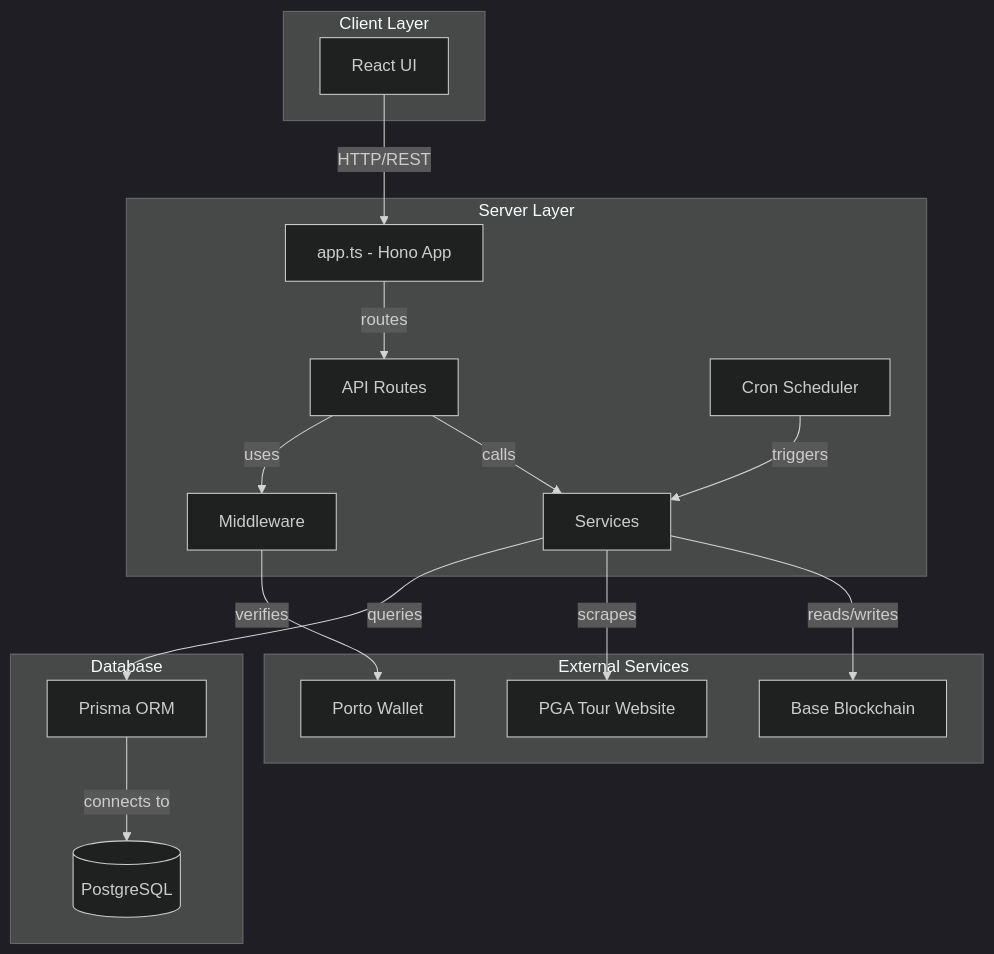
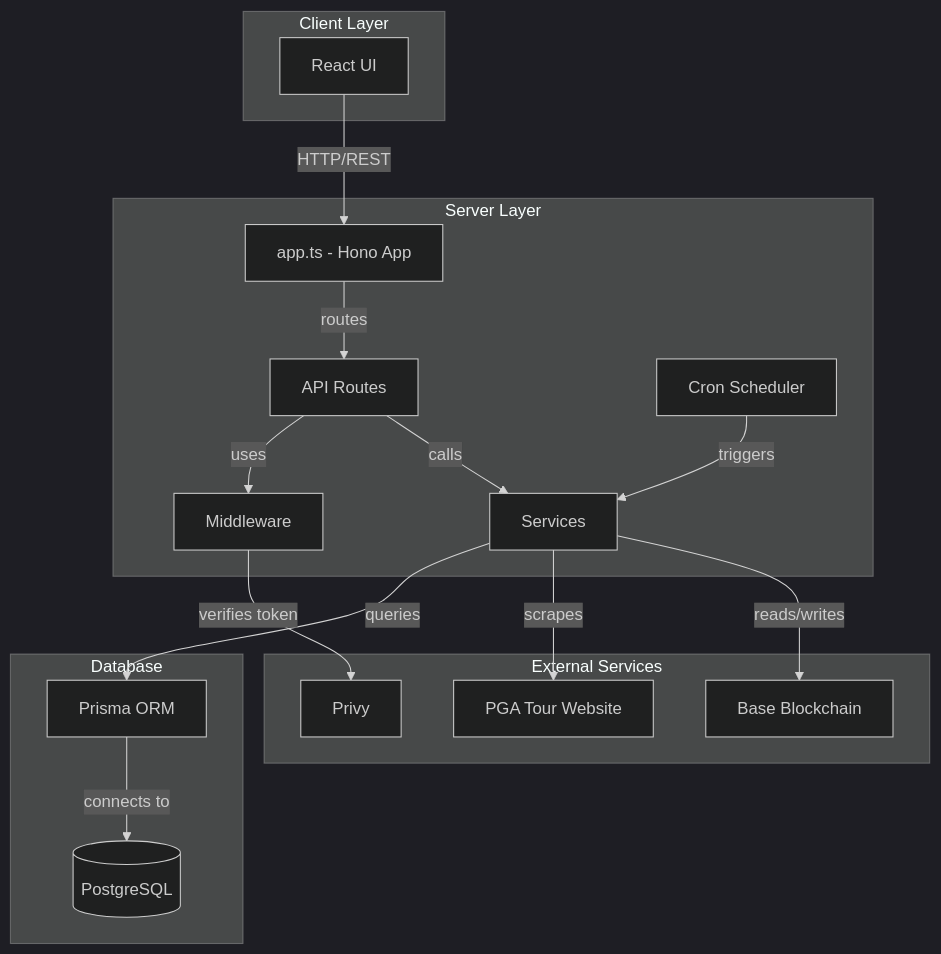
One commit to MagRelo/cut changed the first of 2 diagrams in spec/server/architecture.md. Above: the diagram before and after it, drawn with Mermaid (dark theme). The commit also changed other lines of this file and 62 other files, not shown here.

````diff
--- a/spec/server/architecture.md
+++ b/spec/server/architecture.md
@@ -5,38 +5,38 @@
 ```mermaid
 graph TB
     subgraph client[Client Layer]
         UI[React UI]
     end
     
     subgraph server[Server Layer]
         APP[app.ts - Hono App]
         API[API Routes]
         MW[Middleware]
         SVC[Services]
         CRON[Cron Scheduler]
     end
     
     subgraph database[Database]
         PG[(PostgreSQL)]
         PRISMA[Prisma ORM]
     end
     
     subgraph external[External Services]
         PGA[PGA Tour Website]
         BLOCKCHAIN[Base Blockchain]
-        PORTO[Porto Wallet]
+        PRIVY[Privy]
     end
     
     UI -->|HTTP/REST| APP
     APP -->|routes| API
     API -->|uses| MW
     API -->|calls| SVC
     SVC -->|queries| PRISMA
     PRISMA -->|connects to| PG
     
     CRON -->|triggers| SVC
     SVC -->|scrapes| PGA
     SVC -->|reads/writes| BLOCKCHAIN
     
-    MW -->|verifies| PORTO
+    MW -->|verifies token| PRIVY
 ```
````
